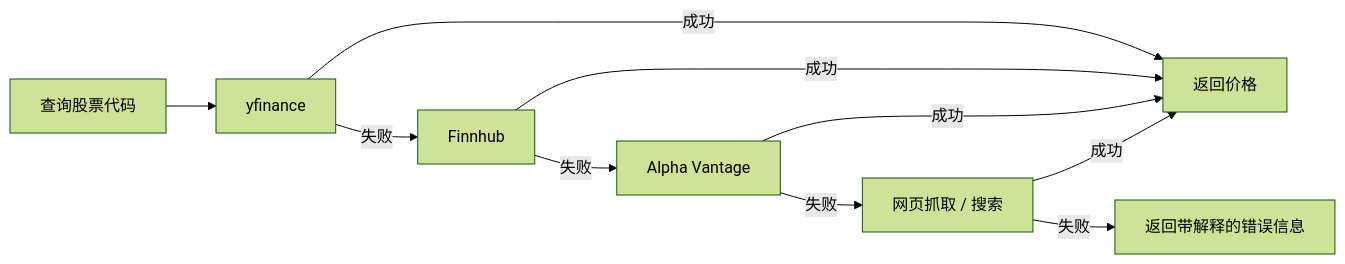
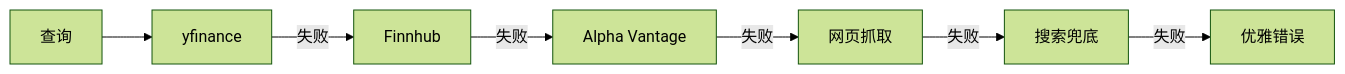
The third of 3 diagrams in readme_cn.md (kkkano/FinSight), drawn with Mermaid (forest theme) before and after one commit. The commit also changed other lines of this file and 22 other files, not shown here.

````diff
--- a/readme_cn.md
+++ b/readme_cn.md
@@ -156,12 +166,9 @@
 ```mermaid
 graph LR
-    Q[查询股票代码] --> A[yfinance]
-    A -->|成功| R[返回价格]
+    Q[查询] --> A[yfinance]
     A -->|失败| B[Finnhub]
-    B -->|成功| R
     B -->|失败| C[Alpha Vantage]
-    C -->|成功| R
-    C -->|失败| D[网页抓取 / 搜索]
-    D -->|成功| R
-    D -->|失败| E[返回带解释的错误信息]
+    C -->|失败| D[网页抓取]
+    D -->|失败| E[搜索兜底]
+    E -->|失败| F[优雅错误]
 ```
````
